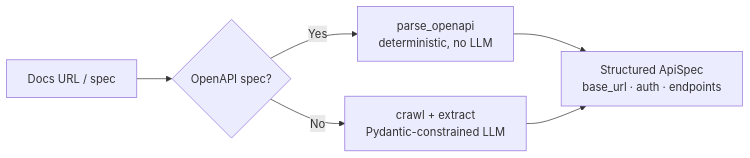
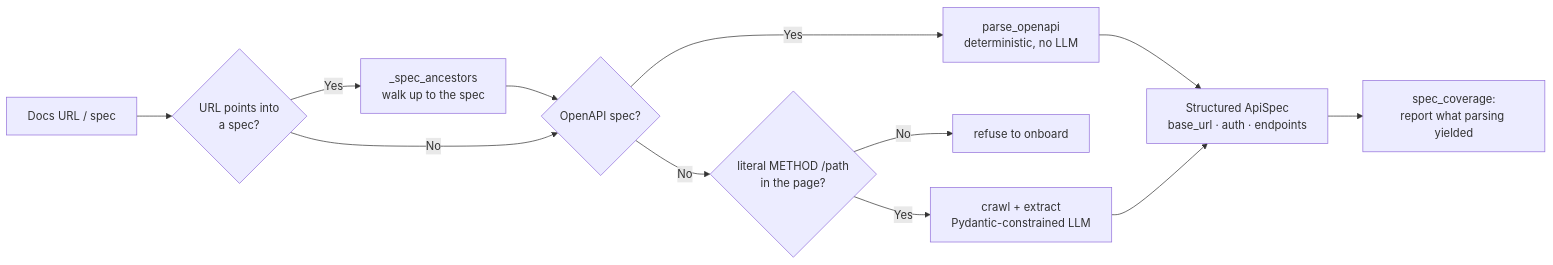
The first of 2 diagrams in README.md (qihuileong/saas-onboarding-agent), drawn with Mermaid before and after one commit. The commit also changed other lines of this file, not shown here.

Commit message:
Document the evidence gate, spec walk-up, and output-side grounding
The README covered the nested-schema expansion and the call-fidelity
audit, but not the three commits that fixed the fabrication path. Adds
them to the design-decisions table, shows the gate and the walk-up in
the onboarding flowchart, and records the blind spot: output grounding
validates against the spec, so it cannot catch a fabricated spec.

````diff
--- a/README.md
+++ b/README.md
@@ -21,8 +21,14 @@
 ```mermaid
 flowchart LR
-    U[Docs URL / spec] --> R{OpenAPI spec?}
+    U[Docs URL / spec] --> W{URL points into<br/>a spec?}
+    W -->|Yes| A[_spec_ancestors<br/>walk up to the spec]
+    A --> R{OpenAPI spec?}
+    W -->|No| R
     R -->|Yes| P[parse_openapi<br/>deterministic, no LLM]
-    R -->|No| C[crawl + extract<br/>Pydantic-constrained LLM]
+    R -->|No| E{literal METHOD /path<br/>in the page?}
+    E -->|No| X[refuse to onboard]
+    E -->|Yes| C[crawl + extract<br/>Pydantic-constrained LLM]
     P --> S[Structured ApiSpec<br/>base_url · auth · endpoints]
     C --> S
+    S --> V[spec_coverage:<br/>report what parsing yielded]
 ```
````
